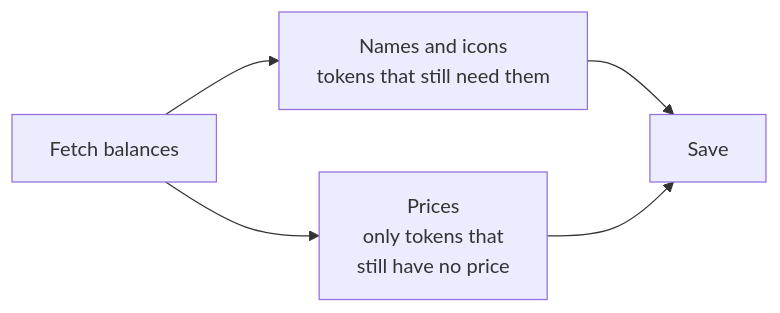
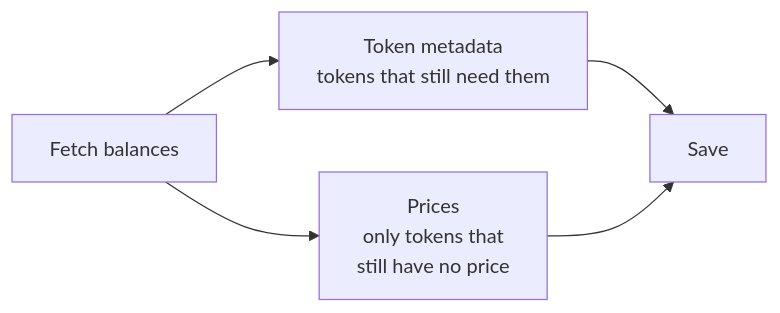
Before and after one commit to MetaMask/core: the second of 3 diagrams in packages/assets-controller/docs/decisions/2026-10-20-remove-detection-middleware.md, drawn with Mermaid. The commit also changed other lines of this file and 7 other files, not shown here.

````diff
--- a/packages/assets-controller/docs/decisions/2026-10-20-remove-detection-middleware.md
+++ b/packages/assets-controller/docs/decisions/2026-10-20-remove-detection-middleware.md
@@ -58,7 +58,7 @@
 ```mermaid
 flowchart LR
-  Bal["Fetch balances"] --> Names["Names and icons<br/>tokens that still need them"]
+  Bal["Fetch balances"] --> Names["Token metadata<br/>tokens that still need them"]
   Bal --> Prices["Prices<br/>only tokens that<br/>still have no price"]
   Names --> Save["Save"]
   Prices --> Save
 ```
````
